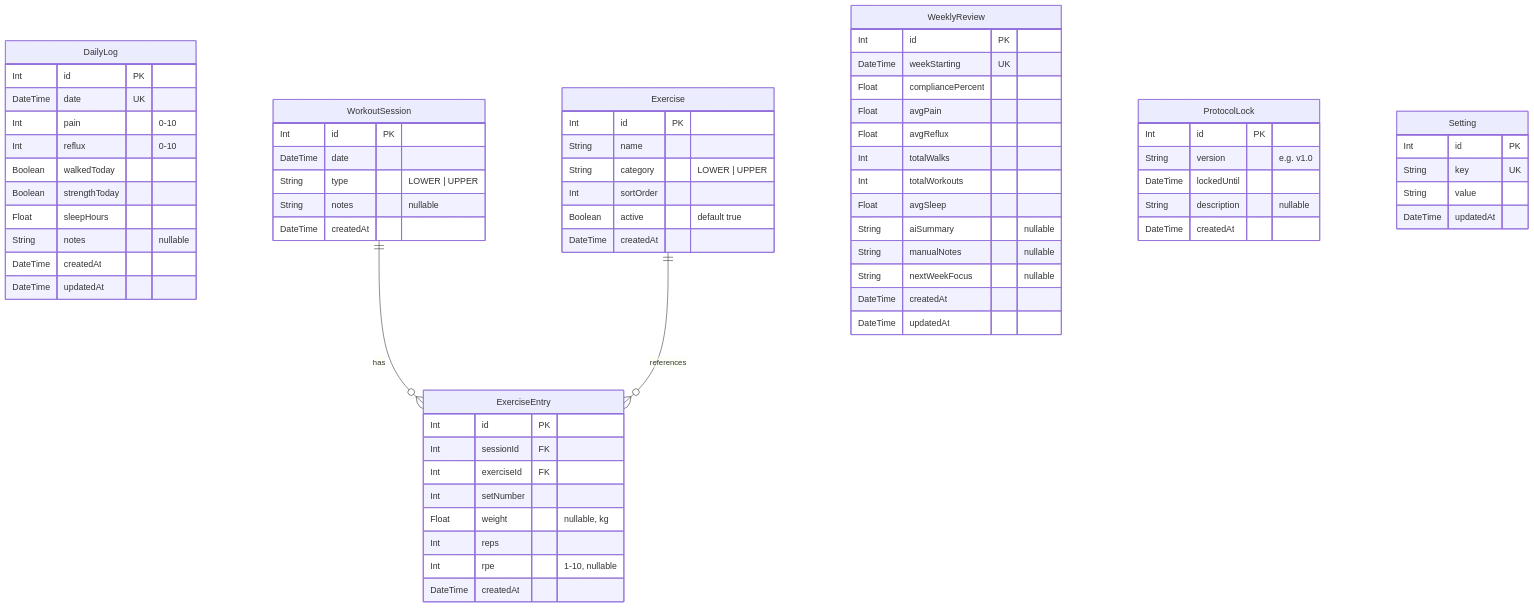
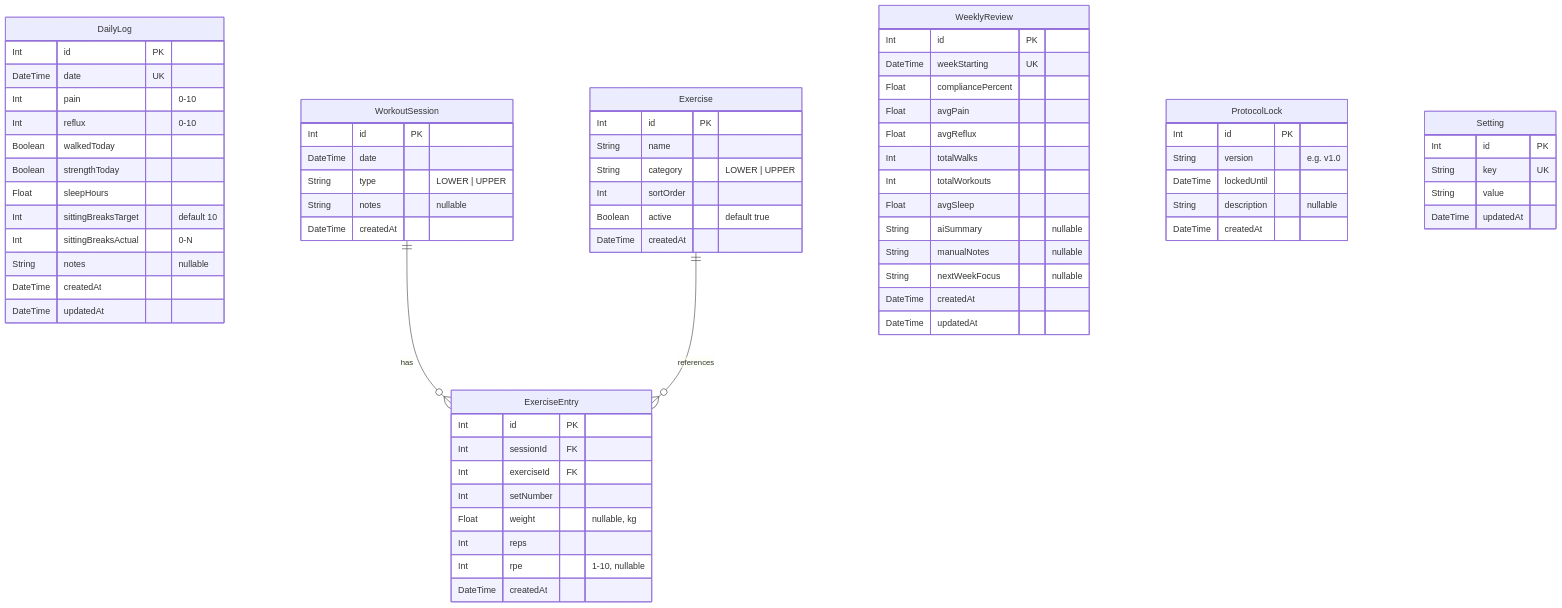
Before and after one commit to ham-zax/recovery_dashboard: the diagram in PLAN.md, drawn with Mermaid. The commit also changed other lines of this file and 11 other files, not shown here.

````diff
--- a/PLAN.md
+++ b/PLAN.md
@@ -78,77 +78,79 @@
 ```mermaid
 erDiagram
     DailyLog {
         Int id PK
         DateTime date UK
         Int pain "0-10"
         Int reflux "0-10"
         Boolean walkedToday
         Boolean strengthToday
         Float sleepHours
+        Int sittingBreaksTarget "default 10"
+        Int sittingBreaksActual "0-N"
         String notes "nullable"
         DateTime createdAt
         DateTime updatedAt
     }
 
     WorkoutSession {
         Int id PK
         DateTime date
         String type "LOWER | UPPER"
         String notes "nullable"
         DateTime createdAt
     }
 
     ExerciseEntry {
         Int id PK
         Int sessionId FK
         Int exerciseId FK
         Int setNumber
         Float weight "nullable, kg"
         Int reps
         Int rpe "1-10, nullable"
         DateTime createdAt
     }
 
     Exercise {
         Int id PK
         String name
         String category "LOWER | UPPER"
         Int sortOrder
         Boolean active "default true"
         DateTime createdAt
     }
 
     WeeklyReview {
         Int id PK
         DateTime weekStarting UK
         Float compliancePercent
         Float avgPain
         Float avgReflux
         Int totalWalks
         Int totalWorkouts
         Float avgSleep
         String aiSummary "nullable"
         String manualNotes "nullable"
         String nextWeekFocus "nullable"
         DateTime createdAt
         DateTime updatedAt
     }
 
     ProtocolLock {
         Int id PK
         String version "e.g. v1.0"
         DateTime lockedUntil
         String description "nullable"
         DateTime createdAt
     }
 
     Setting {
         Int id PK
         String key UK
         String value
         DateTime updatedAt
     }
 
     WorkoutSession ||--o{ ExerciseEntry : "has"
     Exercise ||--o{ ExerciseEntry : "references"
 ```
````
